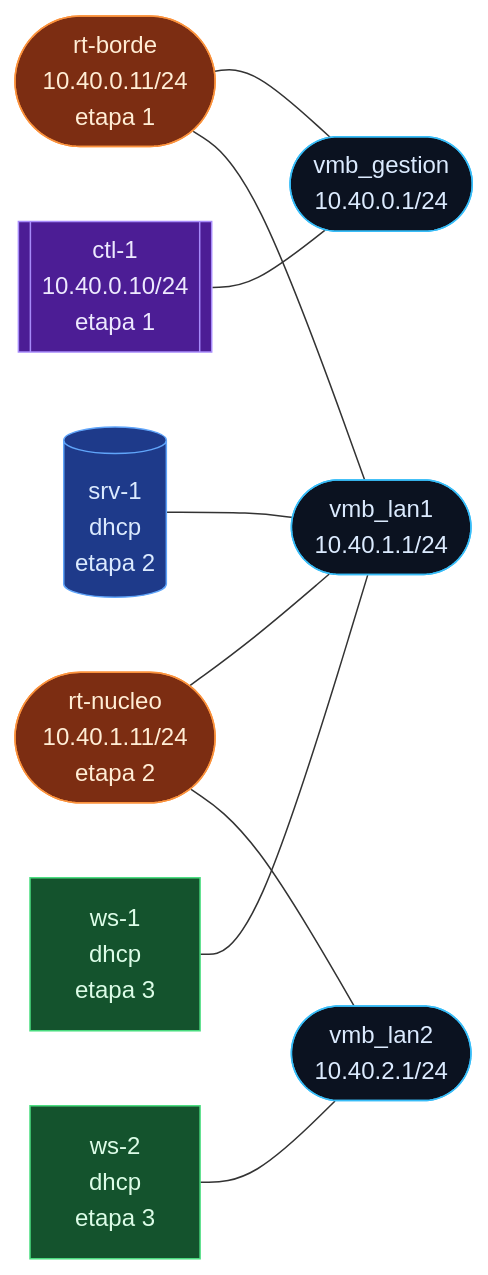
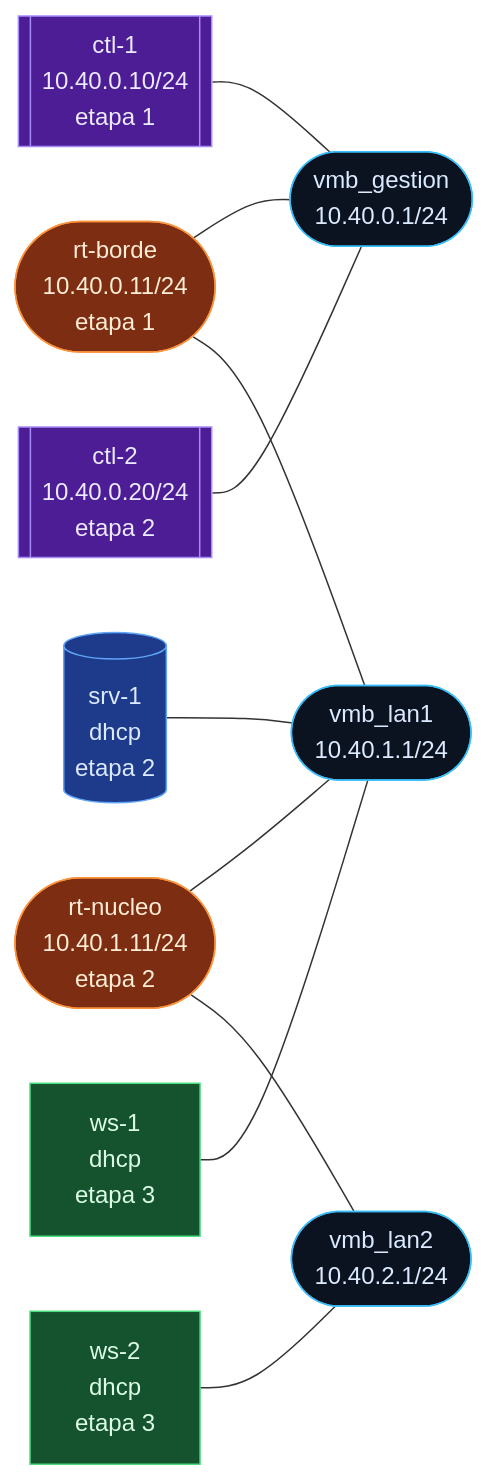
One commit to MagicJF/netlabs-iac changed the diagram in labs/04_lab-red-routeros/04_lab-red-routeros.md. Above: the diagram before and after it, drawn with Mermaid. The commit also changed other lines of this file and 21 other files, not shown here.

````diff
--- a/labs/04_lab-red-routeros/04_lab-red-routeros.md
+++ b/labs/04_lab-red-routeros/04_lab-red-routeros.md
@@ -15,28 +15,30 @@
 ```mermaid
 graph LR
     classDef segmento fill:#0b1220,stroke:#38bdf8,color:#dbeafe;
     classDef salida fill:#111827,stroke:#9ca3af,color:#e5e7eb,stroke-dasharray:4 3;
     classDef rt fill:#7c2d12,stroke:#fb923c,color:#ffedd5;
     classDef fw fill:#701a1a,stroke:#f87171,color:#fee2e2;
     classDef sw fill:#134e4a,stroke:#2dd4bf,color:#ccfbf1;
     classDef srv fill:#1e3a8a,stroke:#60a5fa,color:#dbeafe;
     classDef ws fill:#14532d,stroke:#4ade80,color:#dcfce7;
     classDef ctl fill:#4c1d95,stroke:#a78bfa,color:#ede9fe;
     b_vmb_gestion(["vmb_gestion<br/>10.40.0.1/24"]):::segmento
     b_vmb_lan1(["vmb_lan1<br/>10.40.1.1/24"]):::segmento
     b_vmb_lan2(["vmb_lan2<br/>10.40.2.1/24"]):::segmento
     i_borde(["rt-borde<br/>10.40.0.11/24<br/>etapa 1"]):::rt
     i_borde --- b_vmb_gestion
     i_borde --- b_vmb_lan1
     i_control[["ctl-1<br/>10.40.0.10/24<br/>etapa 1"]]:::ctl
     i_control --- b_vmb_gestion
+    i_monitor[["ctl-2<br/>10.40.0.20/24<br/>etapa 2"]]:::ctl
+    i_monitor --- b_vmb_gestion
     i_nucleo(["rt-nucleo<br/>10.40.1.11/24<br/>etapa 2"]):::rt
     i_nucleo --- b_vmb_lan1
     i_nucleo --- b_vmb_lan2
     i_servidor[("srv-1<br/>dhcp<br/>etapa 2")]:::srv
     i_servidor --- b_vmb_lan1
     i_puesto_1["ws-1<br/>dhcp<br/>etapa 3"]:::ws
     i_puesto_1 --- b_vmb_lan1
     i_puesto_2["ws-2<br/>dhcp<br/>etapa 3"]:::ws
     i_puesto_2 --- b_vmb_lan2
 ```
````
